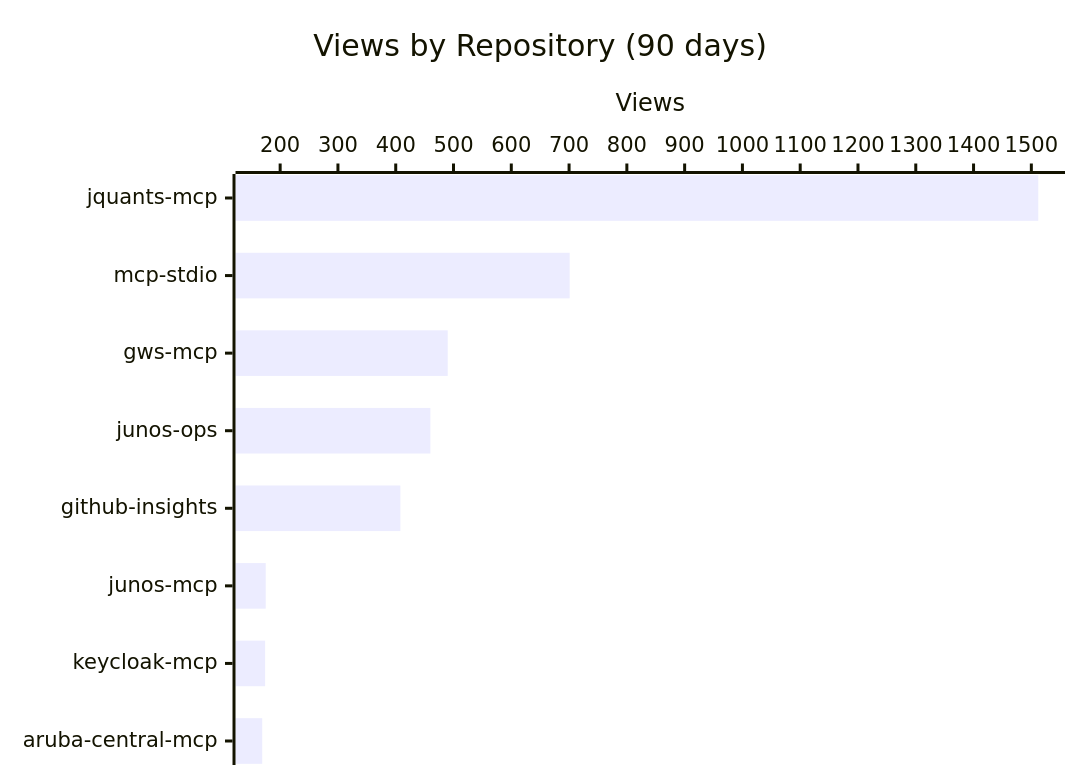
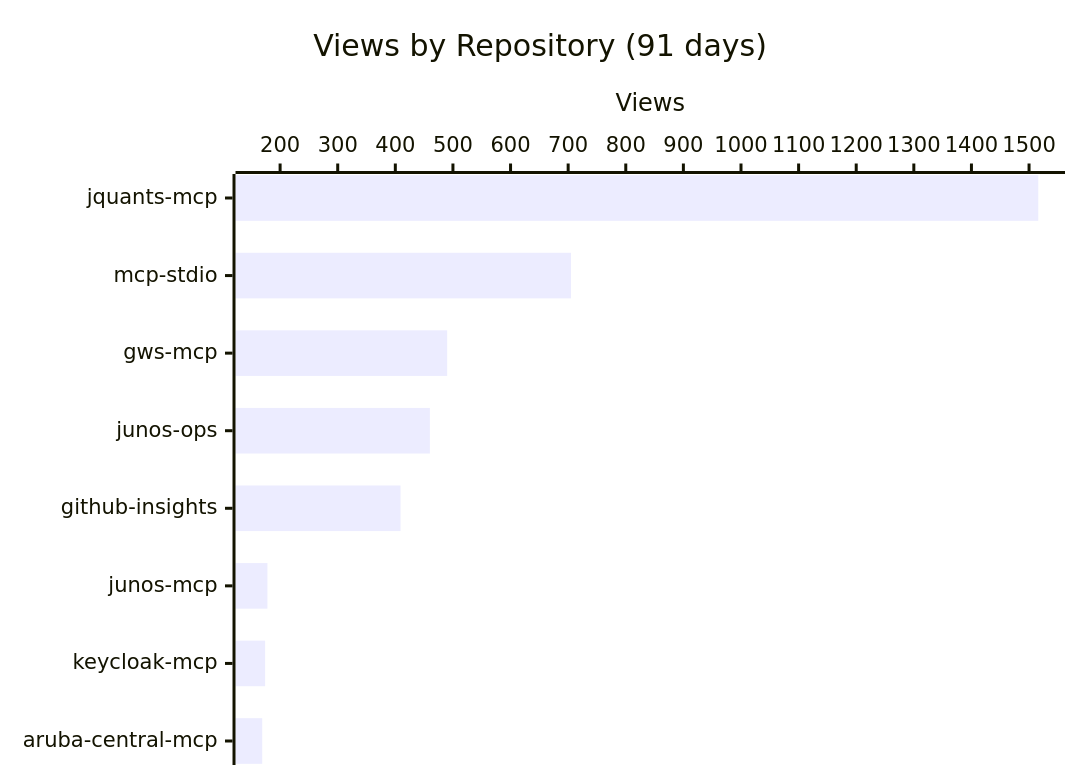
Before and after one commit to shigechika/github-insights: the first of 3 diagrams in README.md, drawn with Mermaid. The commit also changed other lines of this file and 2 other files, not shown here.

````diff
--- a/README.md
+++ b/README.md
@@ -18,7 +18,7 @@
 ```mermaid
 xychart-beta horizontal
-    title "Views by Repository (90 days)"
+    title "Views by Repository (91 days)"
     x-axis ["jquants-mcp", "mcp-stdio", "gws-mcp", "junos-ops", "github-insights", "junos-mcp", "keycloak-mcp", "aruba-central-mcp"]
     y-axis "Views"
-    bar [1512, 701, 490, 460, 408, 175, 174, 169]
+    bar [1516, 705, 490, 460, 409, 178, 174, 169]
 ```
````
